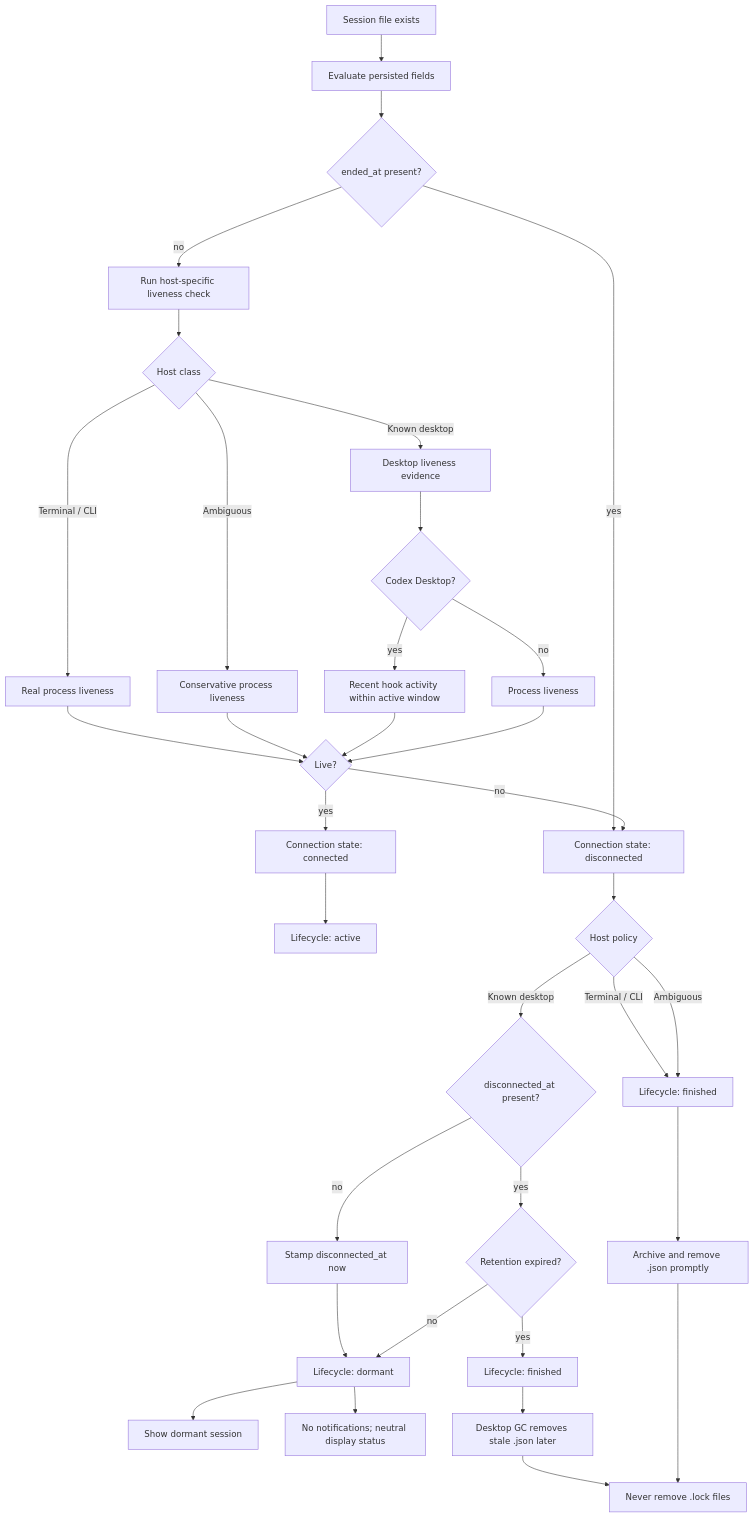
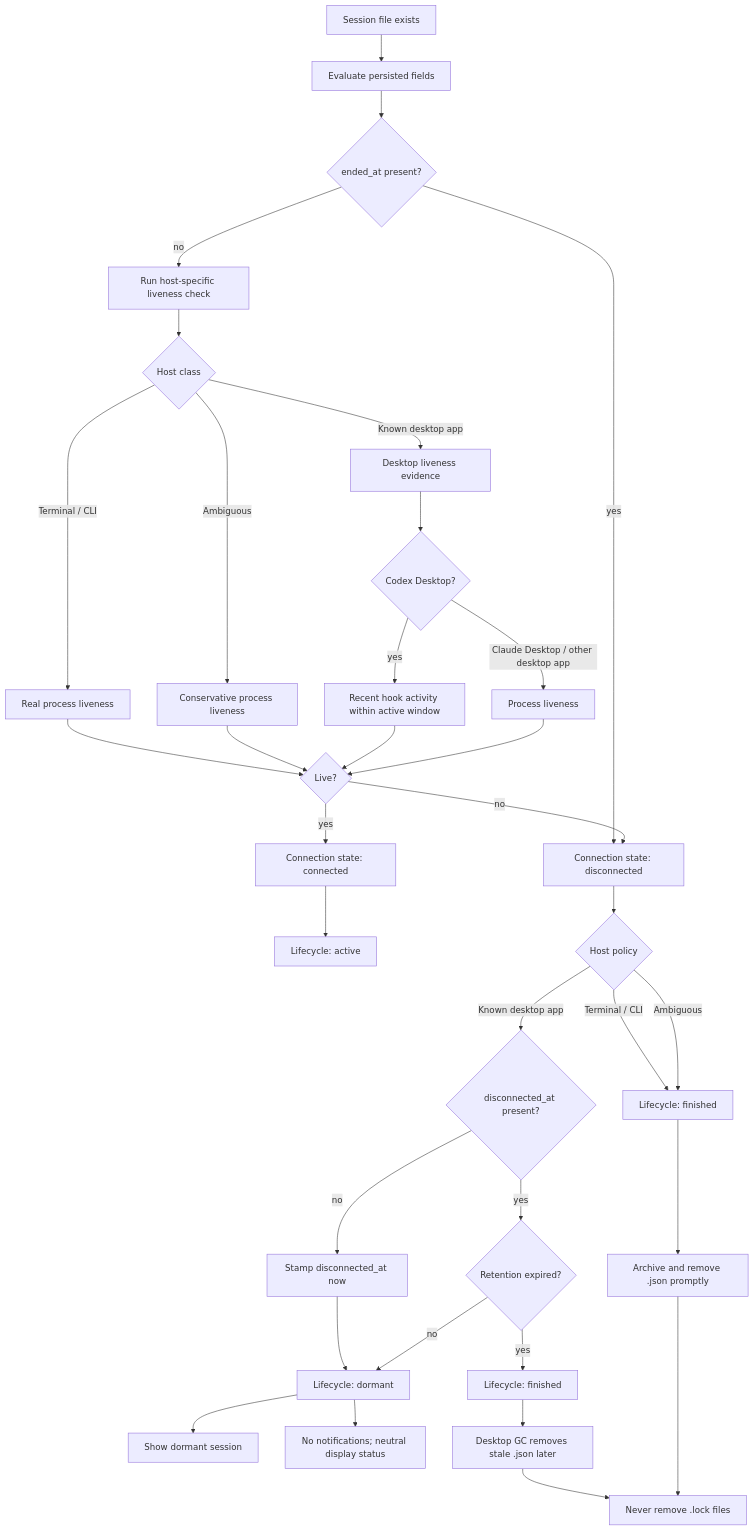
The diagram in docs/session-lifecycle.md (st0012/cctop), drawn with Mermaid before and after one commit. The commit also changed other lines of this file and 1 other file, not shown here.

Commit message:
Clarify desktop lifecycle coverage

````diff
--- a/docs/session-lifecycle.md
+++ b/docs/session-lifecycle.md
@@ -12,46 +13,46 @@
 ```mermaid
 flowchart TD
     A["Session file exists"] --> B["Evaluate persisted fields"]
     B --> C{"ended_at present?"}
 
     C -->|yes| D["Connection state: disconnected"]
     C -->|no| E["Run host-specific liveness check"]
 
     E --> F{"Host class"}
-    F -->|"Known desktop"| G["Desktop liveness evidence"]
+    F -->|"Known desktop app"| G["Desktop liveness evidence"]
     F -->|"Terminal / CLI"| H["Real process liveness"]
     F -->|"Ambiguous"| I["Conservative process liveness"]
 
     G --> G1{"Codex Desktop?"}
     G1 -->|yes| G2["Recent hook activity within active window"]
-    G1 -->|no| G3["Process liveness"]
+    G1 -->|"Claude Desktop / other desktop app"| G3["Process liveness"]
 
     H --> J{"Live?"}
     I --> J
     G2 --> J
     G3 --> J
 
     J -->|yes| K["Connection state: connected"]
     J -->|no| D
 
     K --> L["Lifecycle: active"]
 
     D --> M{"Host policy"}
-    M -->|"Known desktop"| N{"disconnected_at present?"}
+    M -->|"Known desktop app"| N{"disconnected_at present?"}
     M -->|"Terminal / CLI"| O["Lifecycle: finished"]
     M -->|"Ambiguous"| O
 
     N -->|no| P["Stamp disconnected_at now"]
     P --> Q["Lifecycle: dormant"]
     N -->|yes| R{"Retention expired?"}
     R -->|no| Q
     R -->|yes| S["Lifecycle: finished"]
 
     Q --> T["Show dormant session"]
     Q --> U["No notifications; neutral display status"]
     S --> V["Desktop GC removes stale .json later"]
     O --> W["Archive and remove .json promptly"]
 
     V --> X["Never remove .lock files"]
     W --> X
 ```
````
